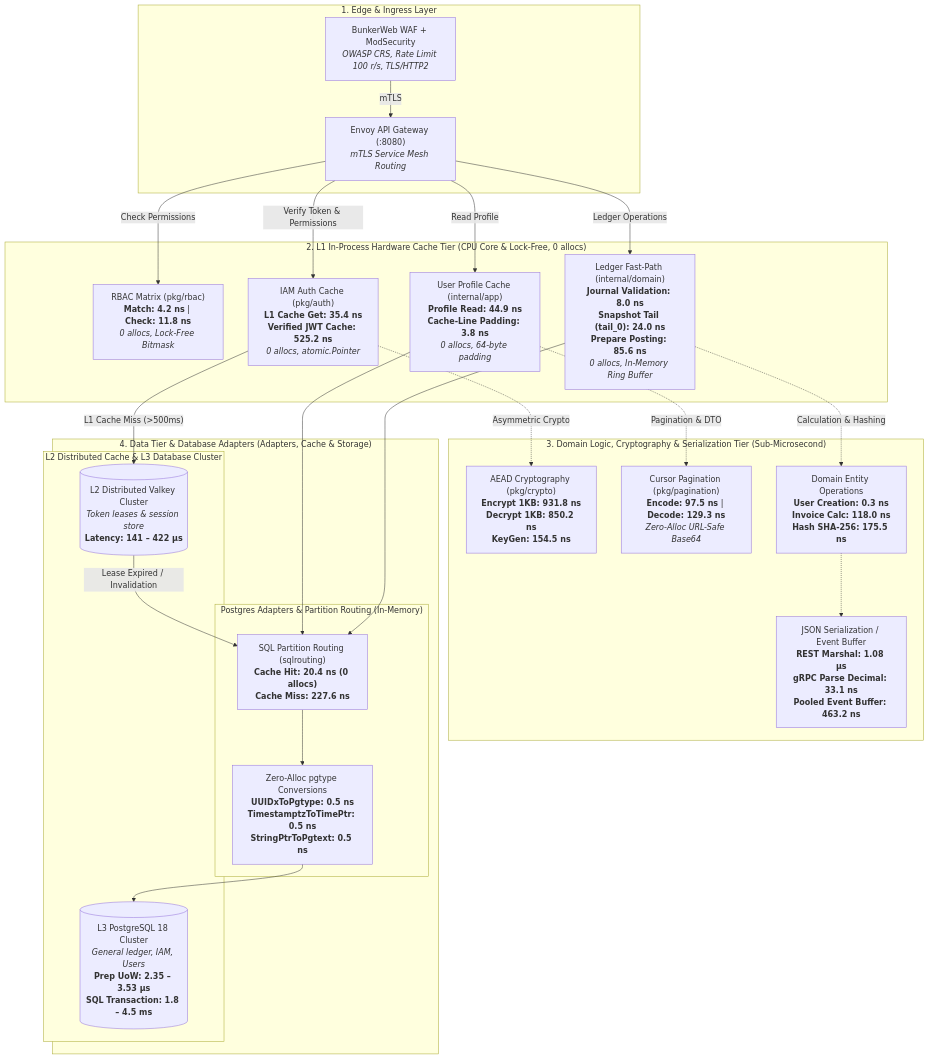
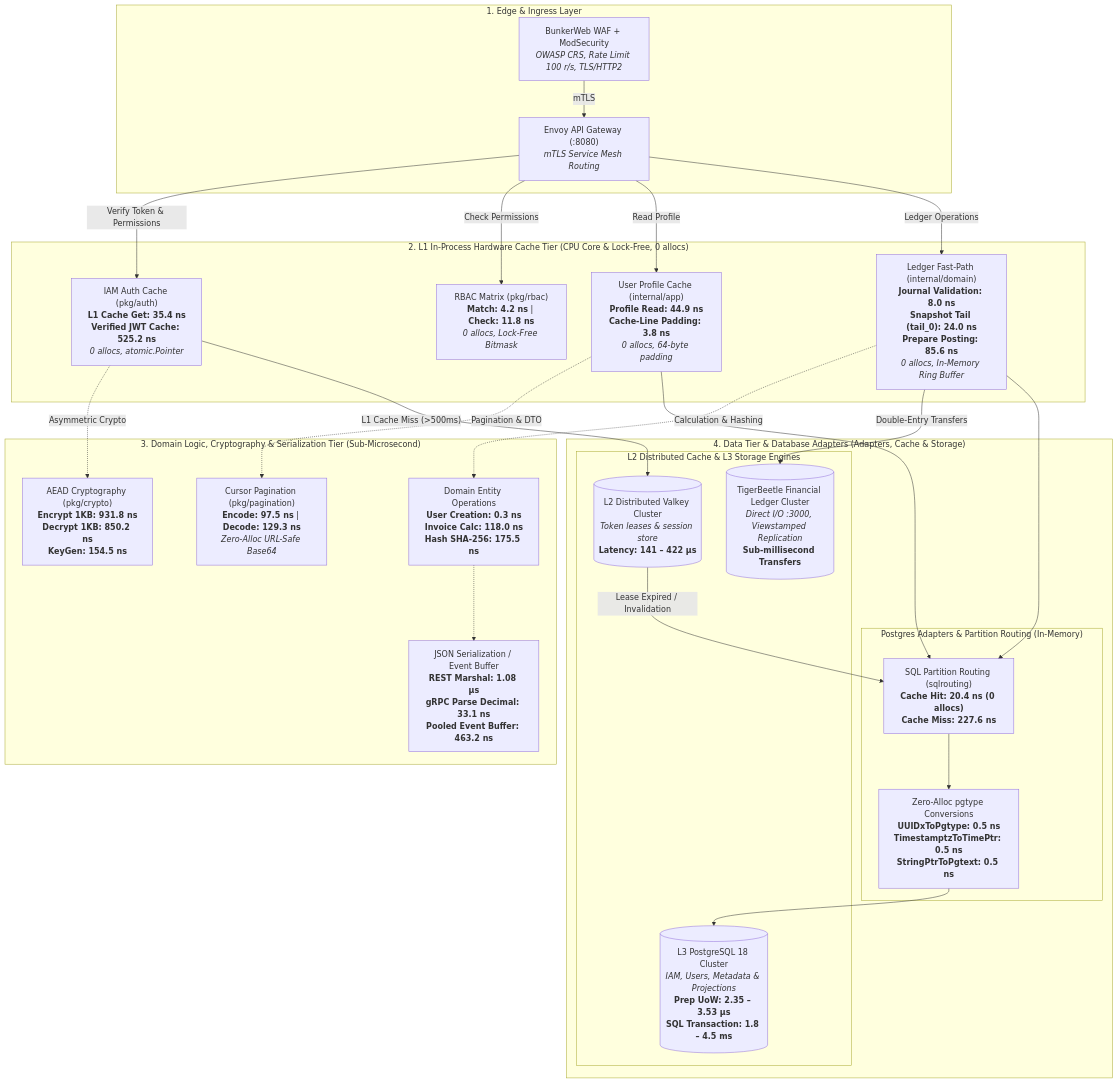
The diagram in README.md (mateusz-kacpura/integra-core), drawn with Mermaid before and after one commit. The commit also changed 27 other files, not shown here.

Commit message:
docs(core): update architecture and technical documentation with TigerBeetle ledger and performance optimizations

````diff
--- a/README.md
+++ b/README.md
@@ -32,50 +32,52 @@
 ```mermaid
 flowchart TB
     subgraph Edge["1. Edge & Ingress Layer"]
         WAF["BunkerWeb WAF + ModSecurity<br/><i>OWASP CRS, Rate Limit 100 r/s, TLS/HTTP2</i>"]
         Gateway["Envoy API Gateway (:8080)<br/><i>mTLS Service Mesh Routing</i>"]
         WAF -->|mTLS| Gateway
     end
 
     subgraph L1_Tier["2. L1 In-Process Hardware Cache Tier (CPU Core & Lock-Free, 0 allocs)"]
         RBAC_L1["RBAC Matrix (pkg/rbac)<br/><b>Match: 4.2 ns</b> | <b>Check: 11.8 ns</b><br/><i>0 allocs, Lock-Free Bitmask</i>"]
         IAM_L1["IAM Auth Cache (pkg/auth)<br/><b>L1 Cache Get: 35.4 ns</b><br/><b>Verified JWT Cache: 525.2 ns</b><br/><i>0 allocs, atomic.Pointer</i>"]
         USER_L1["User Profile Cache (internal/app)<br/><b>Profile Read: 44.9 ns</b><br/><b>Cache-Line Padding: 3.8 ns</b><br/><i>0 allocs, 64-byte padding</i>"]
         LDG_L1["Ledger Fast-Path (internal/domain)<br/><b>Journal Validation: 8.0 ns</b><br/><b>Snapshot Tail (tail_0): 24.0 ns</b><br/><b>Prepare Posting: 85.6 ns</b><br/><i>0 allocs, In-Memory Ring Buffer</i>"]
     end
 
     subgraph L2_Tier["3. Domain Logic, Cryptography & Serialization Tier (Sub-Microsecond)"]
         Crypto["AEAD Cryptography (pkg/crypto)<br/><b>Encrypt 1KB: 931.8 ns</b><br/><b>Decrypt 1KB: 850.2 ns</b><br/><b>KeyGen: 154.5 ns</b>"]
         Pagination["Cursor Pagination (pkg/pagination)<br/><b>Encode: 97.5 ns</b> | <b>Decode: 129.3 ns</b><br/><i>Zero-Alloc URL-Safe Base64</i>"]
         DomainOps["Domain Entity Operations<br/><b>User Creation: 0.3 ns</b><br/><b>Invoice Calc: 118.0 ns</b><br/><b>Hash SHA-256: 175.5 ns</b>"]
         Serialization["JSON Serialization / Event Buffer<br/><b>REST Marshal: 1.08 µs</b><br/><b>gRPC Parse Decimal: 33.1 ns</b><br/><b>Pooled Event Buffer: 463.2 ns</b>"]
     end
 
     subgraph Data_Tier["4. Data Tier & Database Adapters (Adapters, Cache & Storage)"]
         subgraph Adapters["Postgres Adapters & Partition Routing (In-Memory)"]
             SQLRoute["SQL Partition Routing (sqlrouting)<br/><b>Cache Hit: 20.4 ns (0 allocs)</b><br/><b>Cache Miss: 227.6 ns</b>"]
             PgTypes["Zero-Alloc pgtype Conversions<br/><b>UUIDxToPgtype: 0.5 ns</b><br/><b>TimestamptzToTimePtr: 0.5 ns</b><br/><b>StringPtrToPgtext: 0.5 ns</b>"]
         end
-        subgraph Distributed["L2 Distributed Cache & L3 Database Cluster"]
+        subgraph Distributed["L2 Distributed Cache & L3 Storage Engines"]
+            TB[("TigerBeetle Financial Ledger Cluster<br/><i>Direct I/O :3000, Viewstamped Replication</i><br/><b>Sub-millisecond Transfers</b>")]
             Valkey[("L2 Distributed Valkey Cluster<br/><i>Token leases & session store</i><br/><b>Latency: 141 – 422 µs</b>")]
-            Postgres[("L3 PostgreSQL 18 Cluster<br/><i>General ledger, IAM, Users</i><br/><b>Prep UoW: 2.35 – 3.53 µs</b><br/><b>SQL Transaction: 1.8 – 4.5 ms</b>")]
+            Postgres[("L3 PostgreSQL 18 Cluster<br/><i>IAM, Users, Metadata & Projections</i><br/><b>Prep UoW: 2.35 – 3.53 µs</b><br/><b>SQL Transaction: 1.8 – 4.5 ms</b>")]
         end
     end
 
     Gateway -->|Verify Token & Permissions| IAM_L1
     Gateway -->|Check Permissions| RBAC_L1
     Gateway -->|Read Profile| USER_L1
     Gateway -->|Ledger Operations| LDG_L1
 
     IAM_L1 -.->|Asymmetric Crypto| Crypto
     USER_L1 -.->|Pagination & DTO| Pagination
     LDG_L1 -.->|Calculation & Hashing| DomainOps
     DomainOps -.-> Serialization
 
+    LDG_L1 -->|Double-Entry Transfers| TB
     IAM_L1 -- "L1 Cache Miss (>500ms)" --> Valkey
     Valkey -- "Lease Expired / Invalidation" --> SQLRoute
     USER_L1 --> SQLRoute
     LDG_L1 --> SQLRoute
     SQLRoute --> PgTypes
     PgTypes --> Postgres
 ```
````
